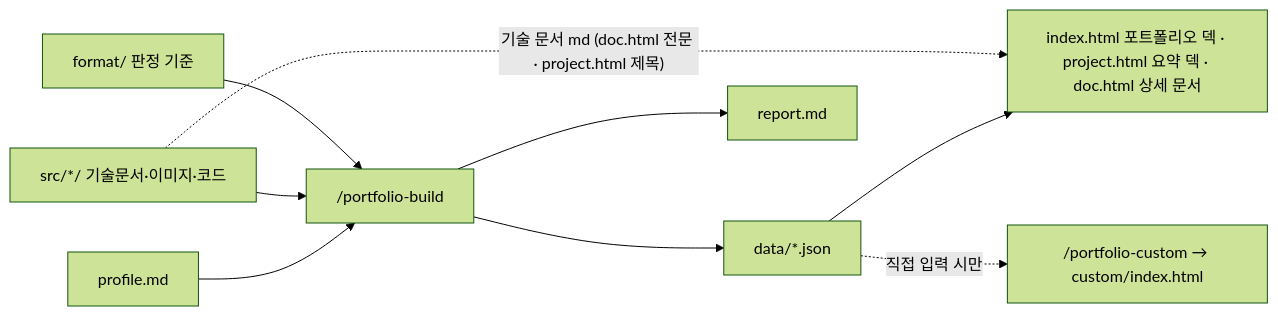
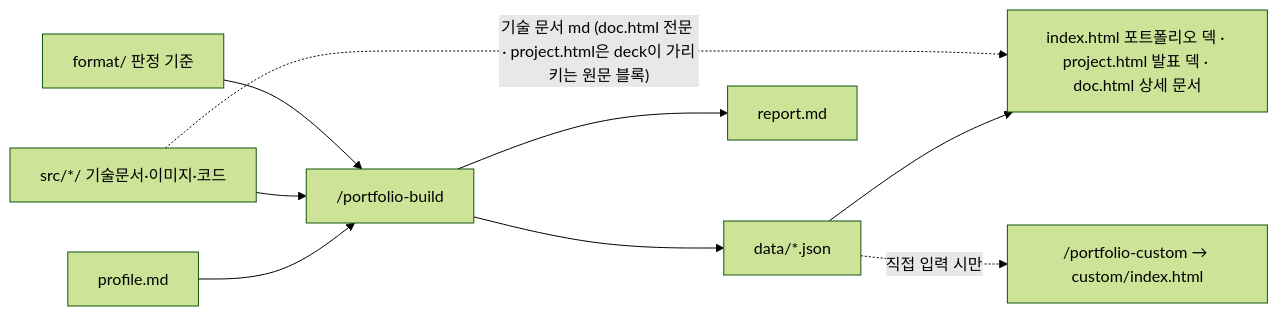
The diagram in CLAUDE.md (krKooHoo/portfolio-test), drawn with Mermaid (forest theme) before and after one commit. The commit also changed other lines of this file and 26 other files, not shown here.

````diff
--- a/CLAUDE.md
+++ b/CLAUDE.md
@@ -36,11 +36,11 @@
 ```mermaid
 flowchart LR
     P["profile.md"] --> B["/portfolio-build"]
     S["src/*/ 기술문서·이미지·코드"] --> B
     F["format/ 판정 기준"] --> B
     B --> D["data/*.json"]
     B --> R["report.md"]
-    D --> I["index.html 포트폴리오 덱 · project.html 요약 덱 · doc.html 상세 문서"]
-    S -.->|"기술 문서 md (doc.html 전문 · project.html 제목)"| I
+    D --> I["index.html 포트폴리오 덱 · project.html 발표 덱 · doc.html 상세 문서"]
+    S -.->|"기술 문서 md (doc.html 전문 · project.html은 deck이 가리키는 원문 블록)"| I
     D -.->|"직접 입력 시만"| C["/portfolio-custom → custom/index.html"]
 ```
````
